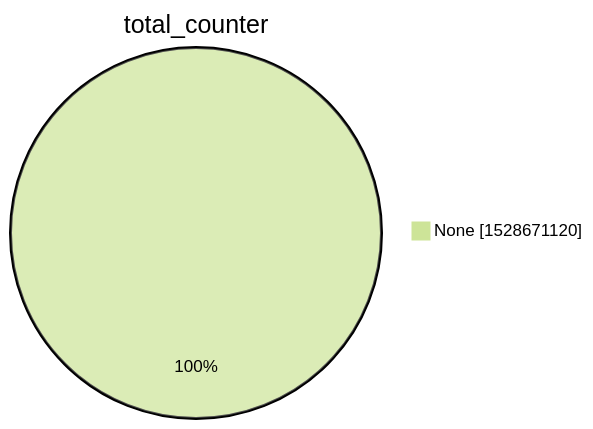
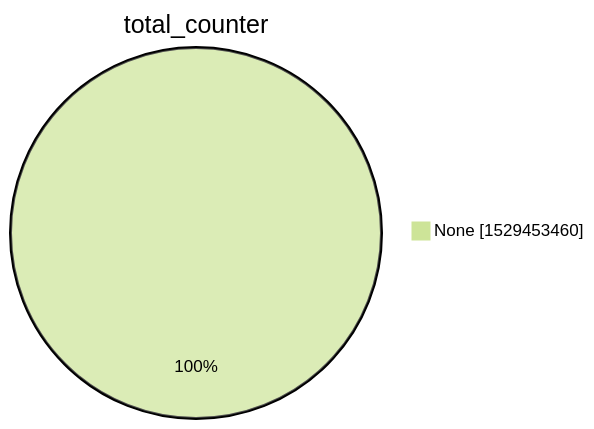
One commit to christiankrug/ctmonitor_visualization changed the second of 15 diagrams in xenon2022/README.md. Above: the diagram before and after it, drawn with Mermaid (forest theme). The commit also changed other lines of this file, not shown here.

````diff
--- a/xenon2022/README.md
+++ b/xenon2022/README.md
@@ -9,5 +9,5 @@
 ```mermaid
 pie showData
 title total_counter
-"None" :1528671120
+"None" :1529453460
 ```
````
